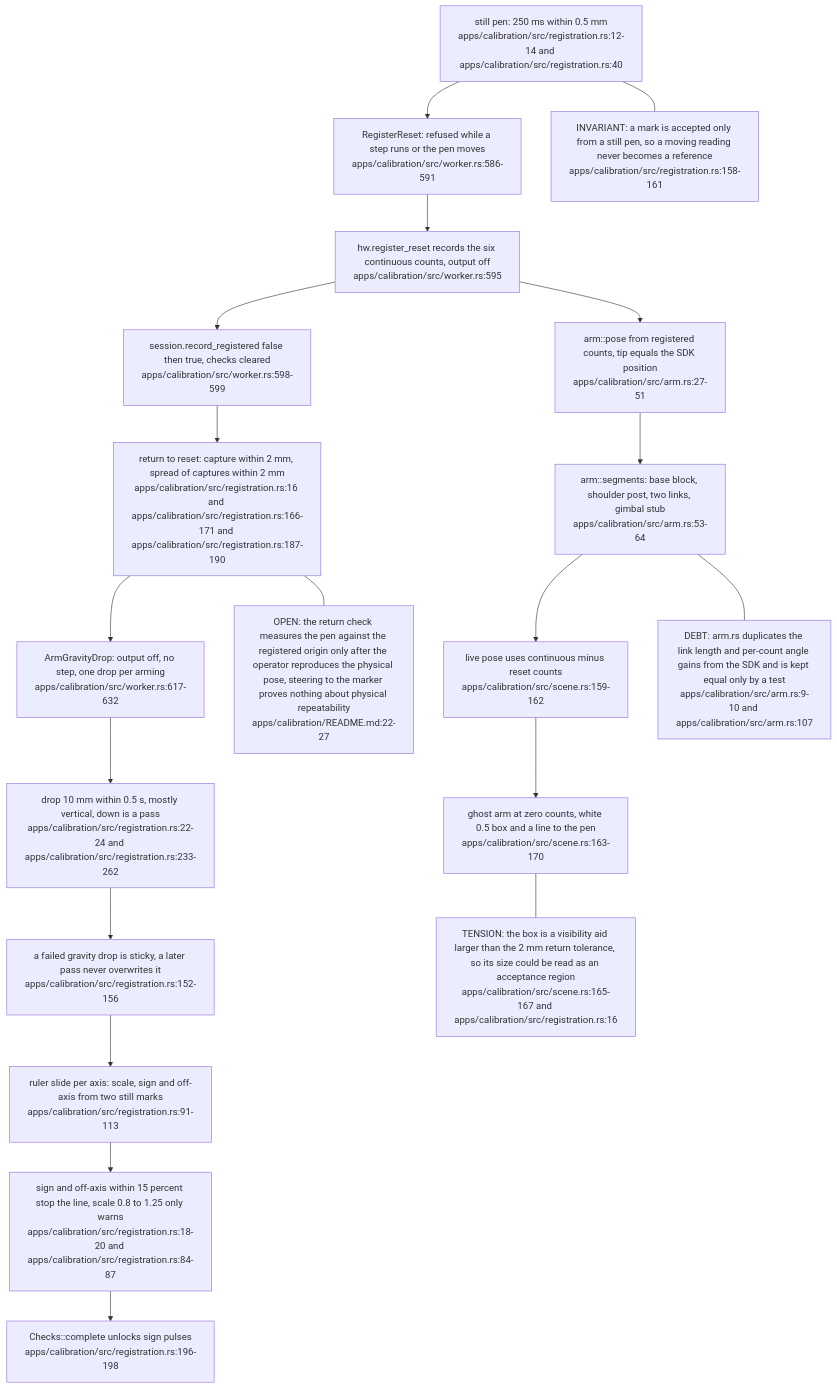
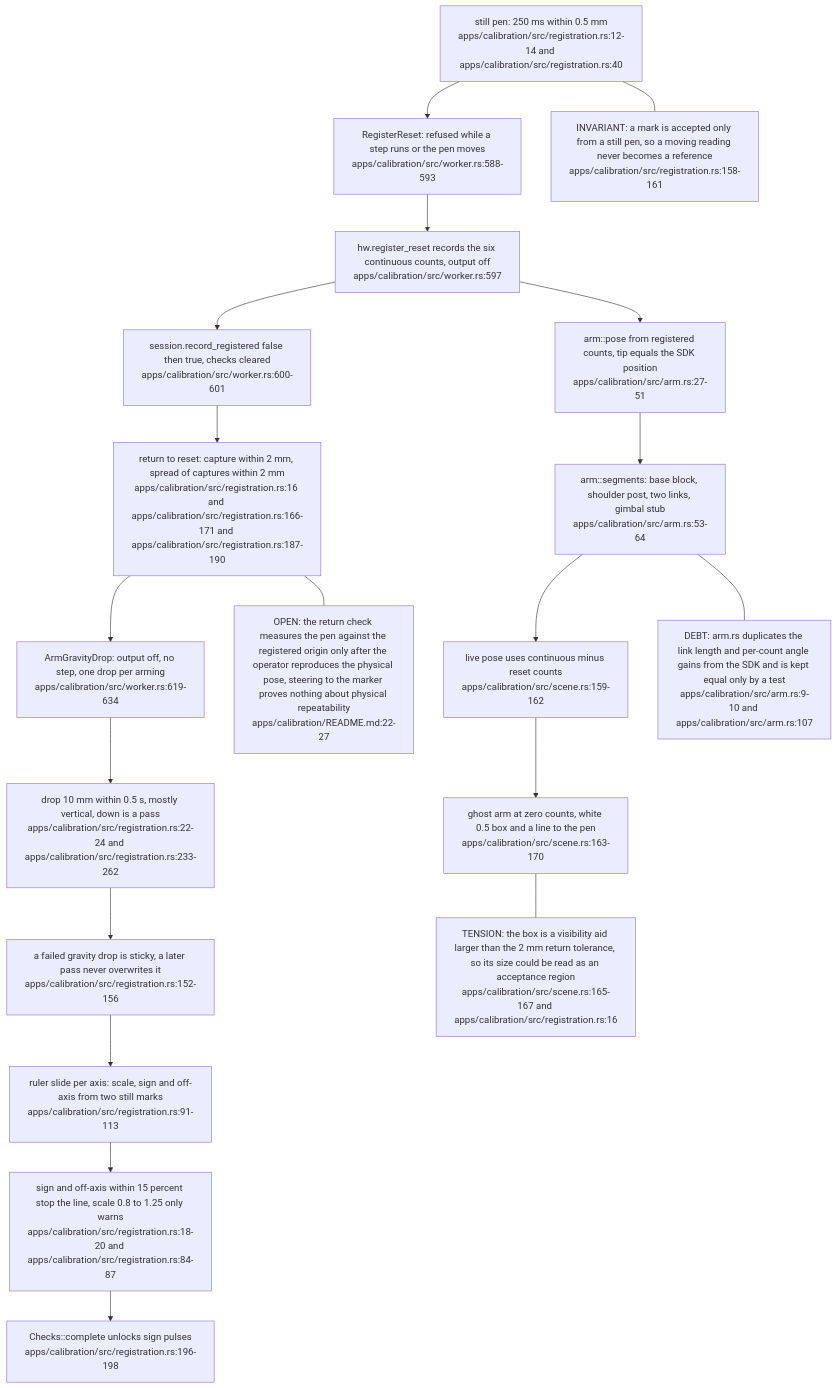
One commit to DreamLab-AI/VisionFlow changed the fourth of 7 diagrams in docs/diagrams/visiontouch-rs/08-calibration-studio-and-verification-ladder.md. Above: the diagram before and after it, drawn with Mermaid. The commit also changed other lines of this file and 160 other files, not shown here.

````diff
--- a/docs/diagrams/visiontouch-rs/08-calibration-studio-and-verification-ladder.md
+++ b/docs/diagrams/visiontouch-rs/08-calibration-studio-and-verification-ladder.md
@@ -176,40 +182,40 @@
 ```mermaid
 flowchart TB
     STILL["still pen: 250 ms within 0.5 mm<br/>apps/calibration/src/registration.rs:12-14 and apps/calibration/src/registration.rs:40"]
-    REGC["RegisterReset: refused while a step runs or the pen moves<br/>apps/calibration/src/worker.rs:586-591"]
-    SDK["hw.register_reset records the six continuous counts, output off<br/>apps/calibration/src/worker.rs:595"]
-    RESET["session.record_registered false then true, checks cleared<br/>apps/calibration/src/worker.rs:598-599"]
+    REGC["RegisterReset: refused while a step runs or the pen moves<br/>apps/calibration/src/worker.rs:588-593"]
+    SDK["hw.register_reset records the six continuous counts, output off<br/>apps/calibration/src/worker.rs:597"]
+    RESET["session.record_registered false then true, checks cleared<br/>apps/calibration/src/worker.rs:600-601"]
     RET["return to reset: capture within 2 mm, spread of captures within 2 mm<br/>apps/calibration/src/registration.rs:16 and apps/calibration/src/registration.rs:166-171 and apps/calibration/src/registration.rs:187-190"]
-    ARMG["ArmGravityDrop: output off, no step, one drop per arming<br/>apps/calibration/src/worker.rs:617-632"]
+    ARMG["ArmGravityDrop: output off, no step, one drop per arming<br/>apps/calibration/src/worker.rs:619-634"]
     GRAV["drop 10 mm within 0.5 s, mostly vertical, down is a pass<br/>apps/calibration/src/registration.rs:22-24 and apps/calibration/src/registration.rs:233-262"]
     STICKY["a failed gravity drop is sticky, a later pass never overwrites it<br/>apps/calibration/src/registration.rs:152-156"]
     RULER["ruler slide per axis: scale, sign and off-axis from two still marks<br/>apps/calibration/src/registration.rs:91-113"]
     RULEOK["sign and off-axis within 15 percent stop the line, scale 0.8 to 1.25 only warns<br/>apps/calibration/src/registration.rs:18-20 and apps/calibration/src/registration.rs:84-87"]
     DONE["Checks::complete unlocks sign pulses<br/>apps/calibration/src/registration.rs:196-198"]
     POSE["arm::pose from registered counts, tip equals the SDK position<br/>apps/calibration/src/arm.rs:27-51"]
     WIRE["arm::segments: base block, shoulder post, two links, gimbal stub<br/>apps/calibration/src/arm.rs:53-64"]
     LIVE["live pose uses continuous minus reset counts<br/>apps/calibration/src/scene.rs:159-162"]
     GHOST["ghost arm at zero counts, white 0.5 box and a line to the pen<br/>apps/calibration/src/scene.rs:163-170"]
     STILL --> REGC
     REGC --> SDK
     SDK --> RESET
     RESET --> RET
     RET --> ARMG
     ARMG --> GRAV
     GRAV --> STICKY
     STICKY --> RULER
     RULER --> RULEOK
     RULEOK --> DONE
     SDK --> POSE
     POSE --> WIRE
     WIRE --> LIVE
     LIVE --> GHOST
     N1["INVARIANT: a mark is accepted only from a still pen, so a moving reading never becomes a reference<br/>apps/calibration/src/registration.rs:158-161"]
     N2["DEBT: arm.rs duplicates the link length and per-count angle gains from the SDK and is kept equal only by a test<br/>apps/calibration/src/arm.rs:9-10 and apps/calibration/src/arm.rs:107"]
     N3["TENSION: the box is a visibility aid larger than the 2 mm return tolerance, so its size could be read as an acceptance region<br/>apps/calibration/src/scene.rs:165-167 and apps/calibration/src/registration.rs:16"]
     N4["OPEN: the return check measures the pen against the registered origin only after the operator reproduces the physical pose, steering to the marker proves nothing about physical repeatability<br/>apps/calibration/README.md:22-27"]
     STILL --- N1
     WIRE --- N2
     GHOST --- N3
     RET --- N4
 ```
````
